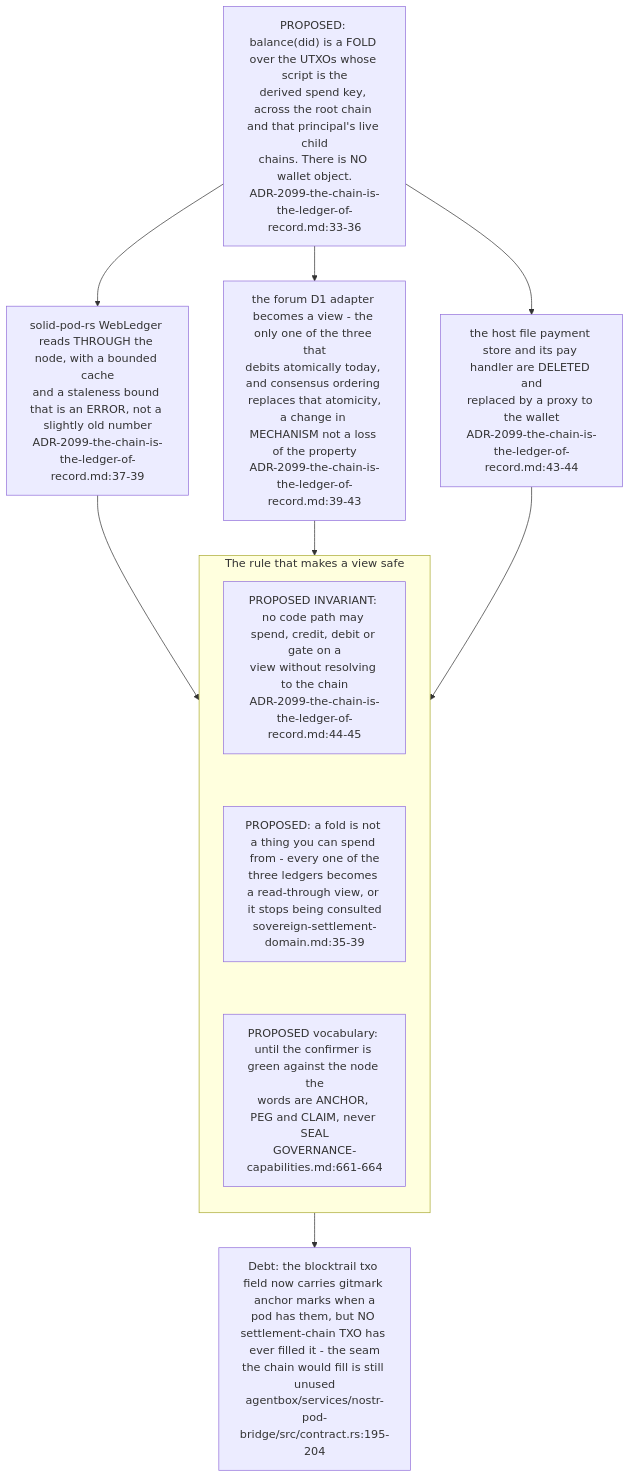
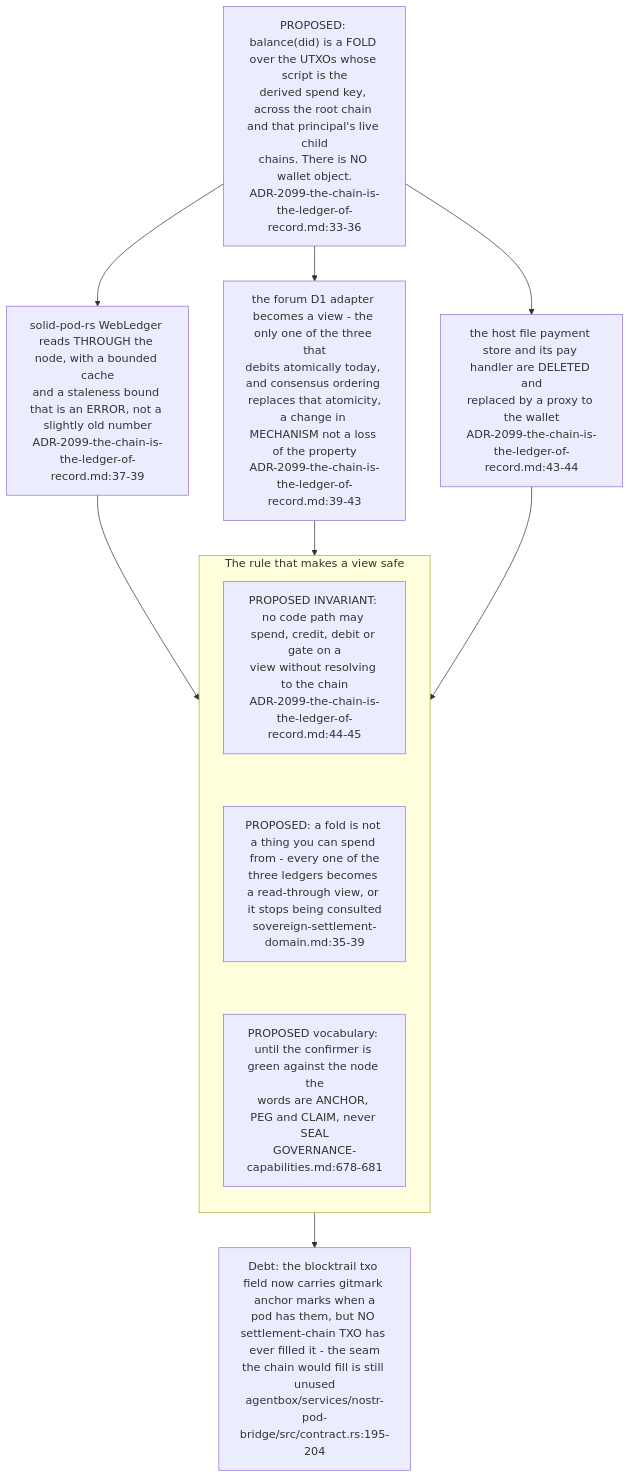
One commit to DreamLab-AI/VisionFlow changed the fourth of 7 diagrams in docs/diagrams/agentbox/31-sovereign-settlement.md. Above: the diagram before and after it, drawn with Mermaid. The commit also changed other lines of this file and 154 other files, not shown here.

First line of the commit message:
docs(diagrams): re-stamp 154 topics whose every citation still reads the same text at the current heads

````diff
--- a/docs/diagrams/agentbox/31-sovereign-settlement.md
+++ b/docs/diagrams/agentbox/31-sovereign-settlement.md
@@ -169,18 +169,18 @@
 ```mermaid
 flowchart TB
     FOLD["PROPOSED: balance(did) is a FOLD over the UTXOs whose script is the<br/>derived spend key, across the root chain and that principal's live child<br/>chains. There is NO wallet object.<br/>ADR-2099-the-chain-is-the-ledger-of-record.md:33-36"]
     FOLD --> V1["solid-pod-rs WebLedger reads THROUGH the node, with a bounded cache<br/>and a staleness bound that is an ERROR, not a slightly old number<br/>ADR-2099-the-chain-is-the-ledger-of-record.md:37-39"]
     FOLD --> V2["the forum D1 adapter becomes a view - the only one of the three that<br/>debits atomically today, and consensus ordering replaces that atomicity,<br/>a change in MECHANISM not a loss of the property<br/>ADR-2099-the-chain-is-the-ledger-of-record.md:39-43"]
     FOLD --> V3["the host file payment store and its pay handler are DELETED and<br/>replaced by a proxy to the wallet<br/>ADR-2099-the-chain-is-the-ledger-of-record.md:43-44"]
     subgraph rule["The rule that makes a view safe"]
         direction TB
         R1["PROPOSED INVARIANT: no code path may spend, credit, debit or gate on a<br/>view without resolving to the chain<br/>ADR-2099-the-chain-is-the-ledger-of-record.md:44-45"]
         R2["PROPOSED: a fold is not a thing you can spend from - every one of the<br/>three ledgers becomes a read-through view, or it stops being consulted<br/>sovereign-settlement-domain.md:35-39"]
-        R3["PROPOSED vocabulary: until the confirmer is green against the node the<br/>words are ANCHOR, PEG and CLAIM, never SEAL<br/>GOVERNANCE-capabilities.md:661-664"]
+        R3["PROPOSED vocabulary: until the confirmer is green against the node the<br/>words are ANCHOR, PEG and CLAIM, never SEAL<br/>GOVERNANCE-capabilities.md:678-681"]
         R1 ~~~ R2 ~~~ R3
     end
     V1 --> rule
     V2 --> rule
     V3 --> rule
     rule --> DEBT["Debt: the blocktrail txo field now carries gitmark anchor marks when a<br/>pod has them, but NO settlement-chain TXO has ever filled it - the seam<br/>the chain would fill is still unused<br/>agentbox/services/nostr-pod-bridge/src/contract.rs:195-204"]
 ```
````
